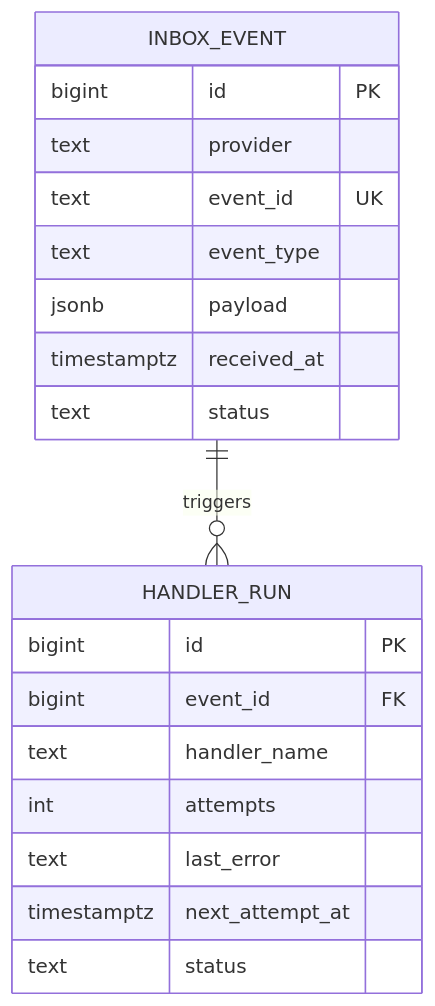
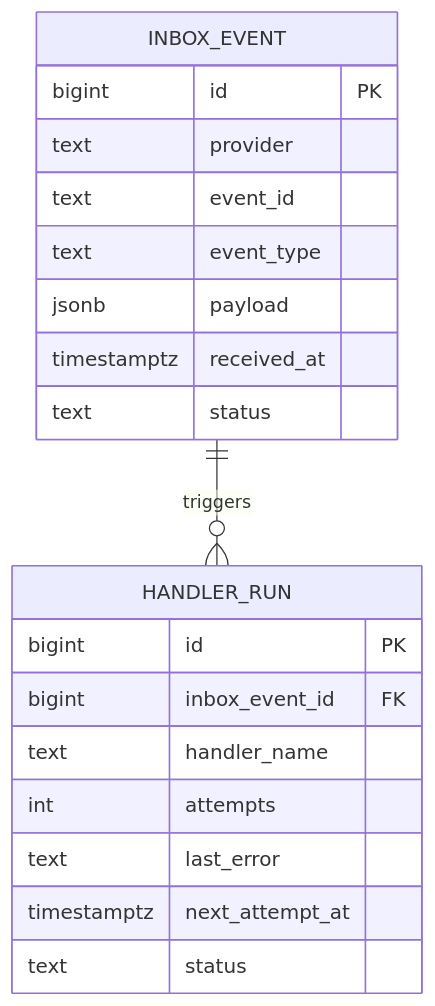
One commit to vsns11/interview_notes changed diagram 30 of 51 in python/capstones/CAPSTONES.md. Above: the diagram before and after it, drawn with Mermaid. The commit also changed other lines of this file and 1 other file, not shown here.

````diff
--- a/python/capstones/CAPSTONES.md
+++ b/python/capstones/CAPSTONES.md
@@ -2550,22 +2550,22 @@
 ```mermaid
 erDiagram
     INBOX_EVENT ||--o{ HANDLER_RUN : triggers
     INBOX_EVENT {
         bigint id PK
         text provider
-        text event_id UK
+        text event_id
         text event_type
         jsonb payload
         timestamptz received_at
         text status
     }
     HANDLER_RUN {
         bigint id PK
-        bigint event_id FK
+        bigint inbox_event_id FK
         text handler_name
         int attempts
         text last_error
         timestamptz next_attempt_at
         text status
     }
 ```
````
